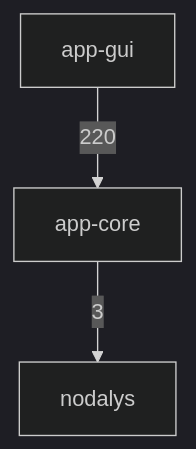
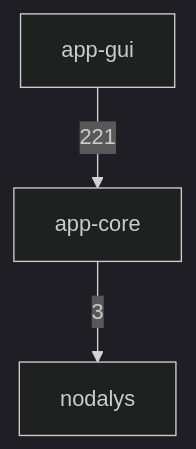
The first of 3 diagrams in docs/architecture.md (ronnymilleo/imcsim), drawn with Mermaid (dark theme) before and after one commit. The commit also changed other lines of this file and 46 other files, not shown here.

Commit message:
Move the simulation results out of the Schematic into a ResultStore

````diff
--- a/docs/architecture.md
+++ b/docs/architecture.md
@@ -22,8 +22,8 @@
 ```mermaid
 flowchart TD
     app_gui[app-gui]
     app_core[app-core]
     nodalys[nodalys]
     app_core -->|3| nodalys
-    app_gui -->|220| app_core
+    app_gui -->|221| app_core
 ```
````
